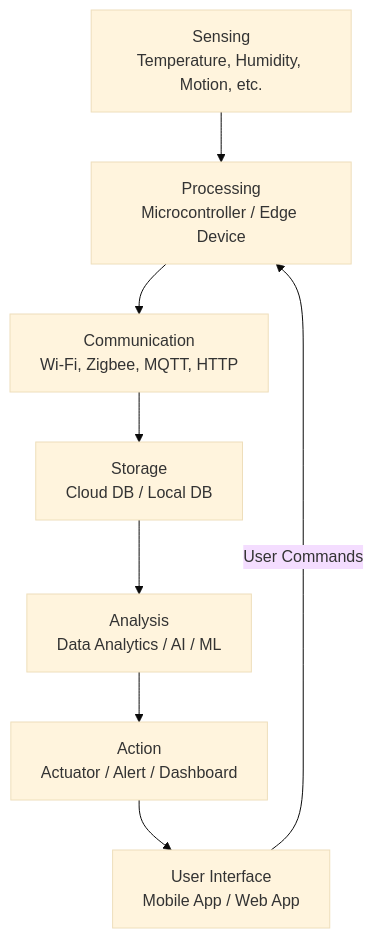
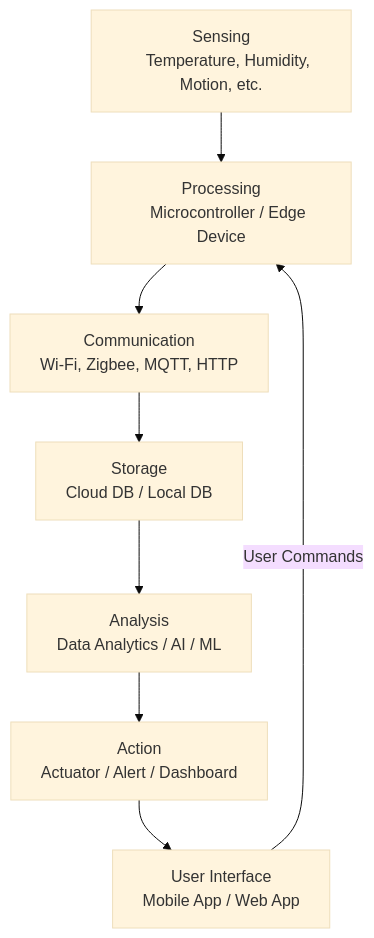
Before and after one commit to lazgaming70/IOT-CIA-1: diagram 11 of 13 in Unofficial-QB/Unofficial-QB-Claude-Ans.md, drawn with Mermaid (base theme). The commit also changed other lines of this file, not shown here.

Commit message:
Fixed mermaidjs newline syntax

````diff
--- a/Unofficial-QB/Unofficial-QB-Claude-Ans.md
+++ b/Unofficial-QB/Unofficial-QB-Claude-Ans.md
@@ -983,10 +1047,17 @@
 ```mermaid
 flowchart TD
-    A[Sensing\nTemperature, Humidity, Motion, etc.] --> B[Processing\nMicrocontroller / Edge Device]
-    B --> C[Communication\nWi-Fi, Zigbee, MQTT, HTTP]
-    C --> D[Storage\nCloud DB / Local DB]
-    D --> E[Analysis\nData Analytics / AI / ML]
-    E --> F[Action\nActuator / Alert / Dashboard]
-    F --> G[User Interface\nMobile App / Web App]
+    A[Sensing
+    Temperature, Humidity, Motion, etc.] --> B[Processing
+    Microcontroller / Edge Device]
+    B --> C[Communication
+    Wi-Fi, Zigbee, MQTT, HTTP]
+    C --> D[Storage
+    Cloud DB / Local DB]
+    D --> E[Analysis
+    Data Analytics / AI / ML]
+    E --> F[Action
+    Actuator / Alert / Dashboard]
+    F --> G[User Interface
+    Mobile App / Web App]
     G -->|User Commands| B
 ```
````
